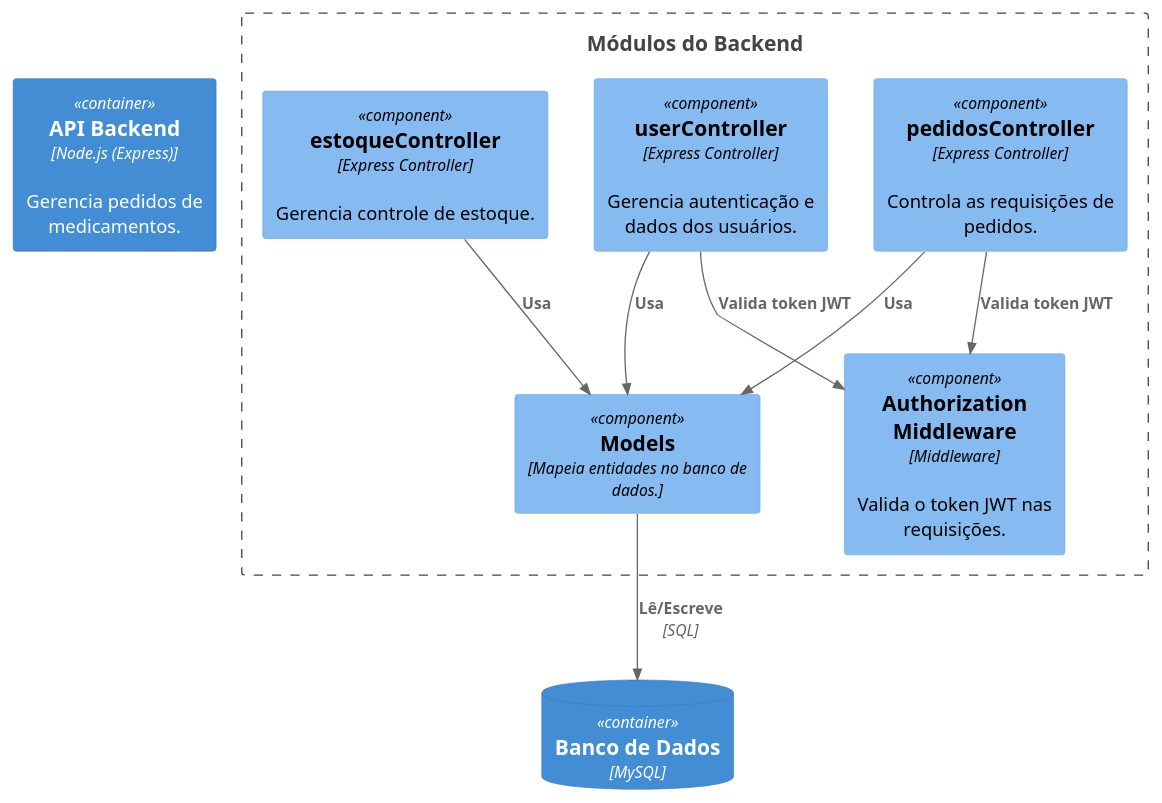
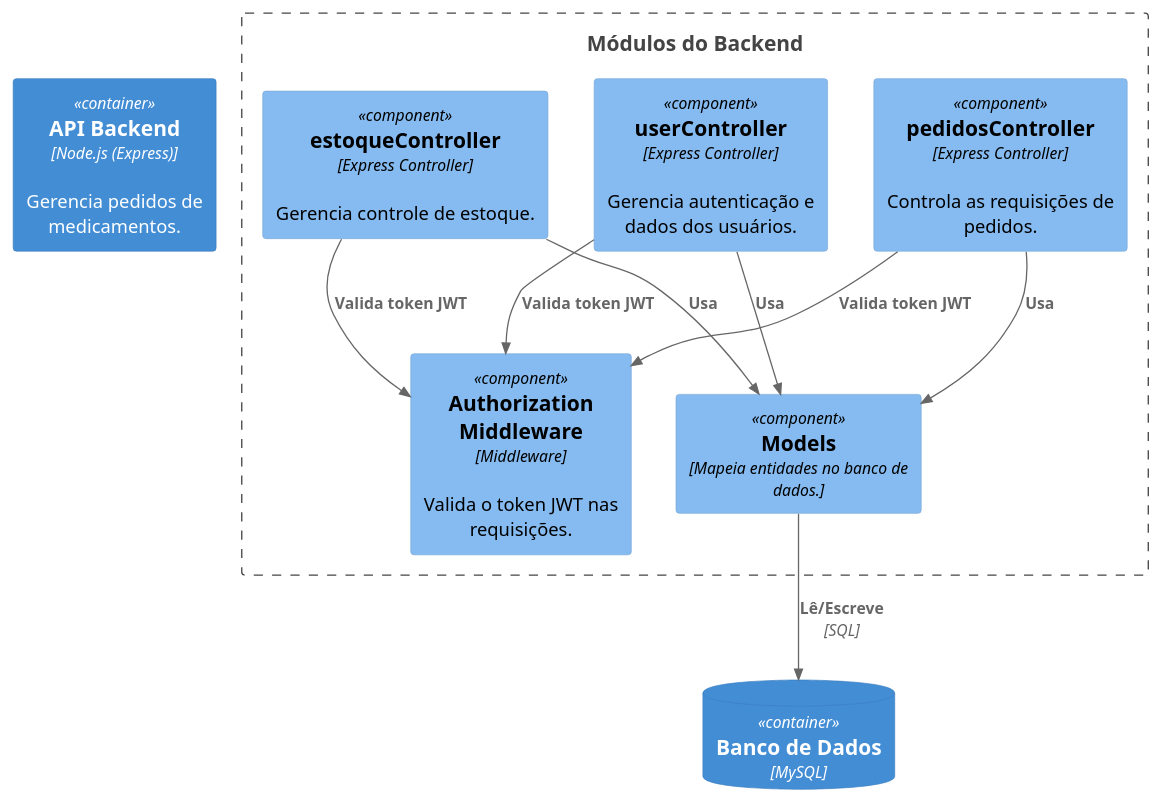
One commit to Leonardo-Kotcheski-Filipiaki/tele-remedio changed the diagram in docs/Diagramas/diagrama-nivel-componente.puml. Above: the diagram before and after it, drawn with PlantUML.

Commit message:
add:mais mudança no diagrama

```diff
--- a/docs/Diagramas/diagrama-nivel-componente.puml
+++ b/docs/Diagramas/diagrama-nivel-componente.puml
@@ -1,22 +1,23 @@
 @startuml c4-component
 !includeurl https://raw.githubusercontent.com/plantuml-stdlib/C4-PlantUML/master/C4_Component.puml
 
 Container(api, "API Backend", "Node.js (Express)", "Gerencia pedidos de medicamentos.")
 ContainerDb(db, "Banco de Dados", "MySQL")
 
 Boundary(apiBoundary, "Módulos do Backend") {
   Component(controllerPedidos, "pedidosController", "Express Controller", "Controla as requisições de pedidos.")
   Component(controllerUsuarios, "userController", "Express Controller", "Gerencia autenticação e dados dos usuários.")
   Component(controllerEstoque, "estoqueController", "Express Controller", "Gerencia controle de estoque.")
   Component(middlewareJWT, "Authorization Middleware", "Middleware", "Valida o token JWT nas requisições.")
   Component(models, "Models", "Mapeia entidades no banco de dados.")
 }
 
 Rel(controllerPedidos, models, "Usa")
 Rel(controllerUsuarios, models, "Usa")
 Rel(controllerEstoque, models, "Usa")
+Rel(controllerEstoque, middlewareJWT, "Valida token JWT")
 Rel(controllerPedidos, middlewareJWT, "Valida token JWT")
 Rel(controllerUsuarios, middlewareJWT, "Valida token JWT")
 Rel(models, db, "Lê/Escreve", "SQL")
 
 @enduml
```
